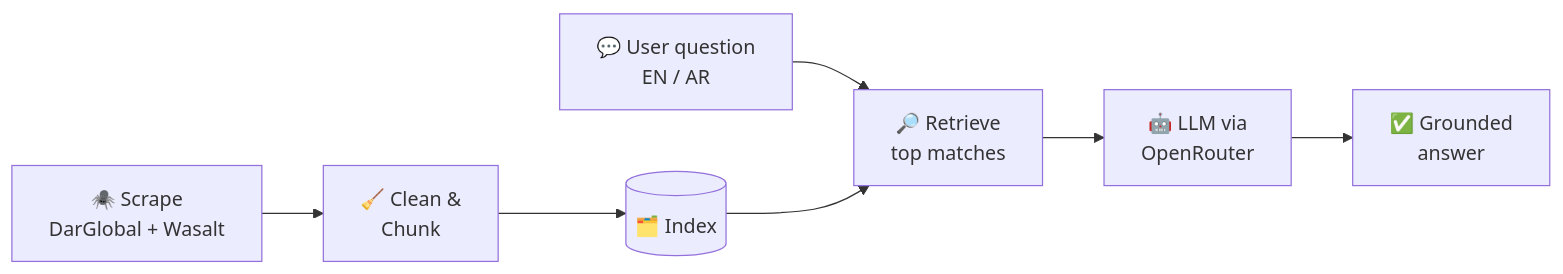
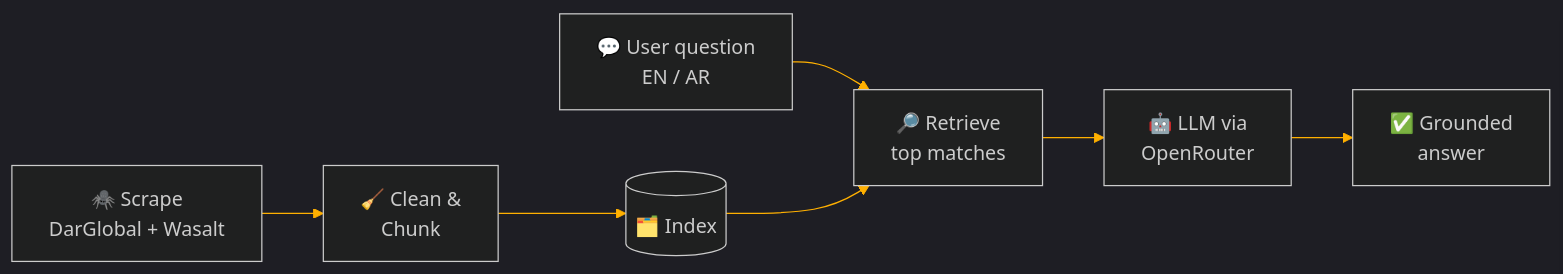
The diagram in README.md (Mohamed-Hamdey/Mohamed-Hamdey), drawn with Mermaid before and after one commit. The commit also changed other lines of this file, not shown here.

````diff
--- a/README.md
+++ b/README.md
@@ -97,9 +89,10 @@
 ```mermaid
+%%{init: {'theme':'dark','themeVariables':{'primaryColor':'#0b1620','primaryBorderColor':'#39FF88','primaryTextColor':'#C9F7E2','lineColor':'#FFB000','secondaryColor':'#0b1620','tertiaryColor':'#050a0f'}}}%%
 flowchart LR
     A[🕷️ Scrape<br/>DarGlobal + Wasalt] --> B[🧹 Clean &<br/>Chunk]
     B --> C[(🗂️ Index)]
     D[💬 User question<br/>EN / AR] --> E[🔎 Retrieve<br/>top matches]
     C --> E
     E --> F[🤖 LLM via<br/>OpenRouter]
     F --> G[✅ Grounded<br/>answer]
 ```
````
